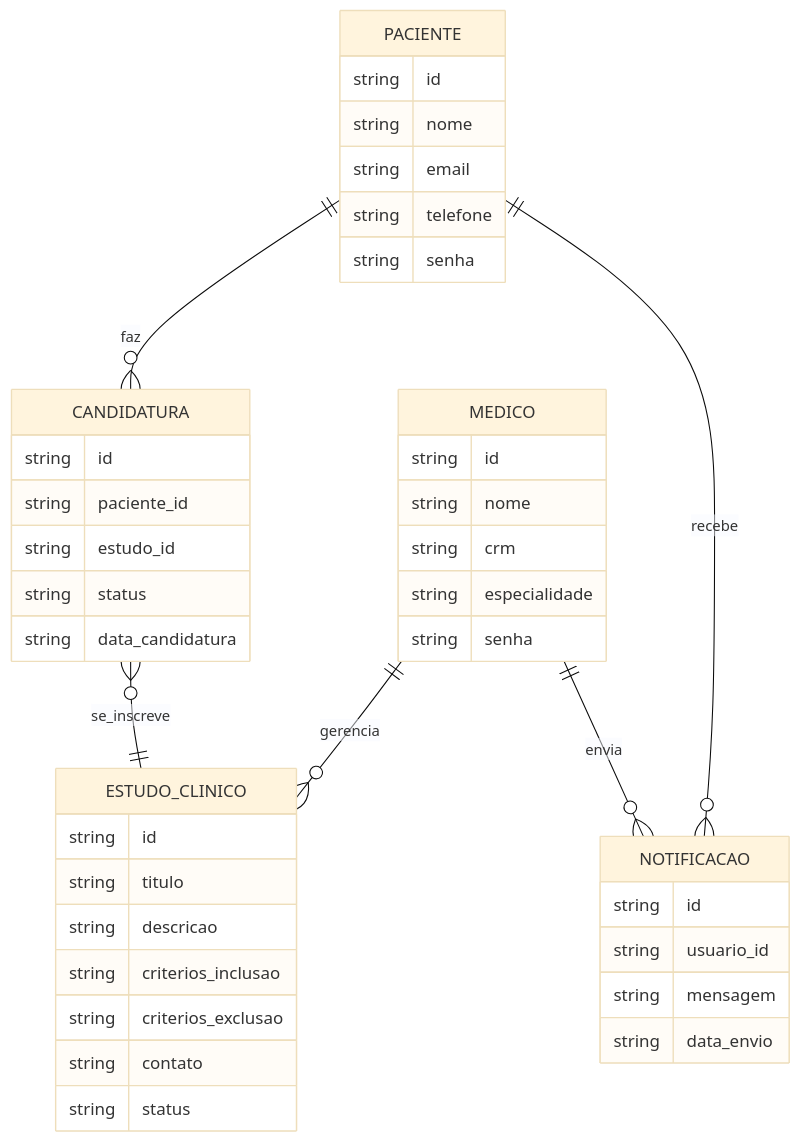
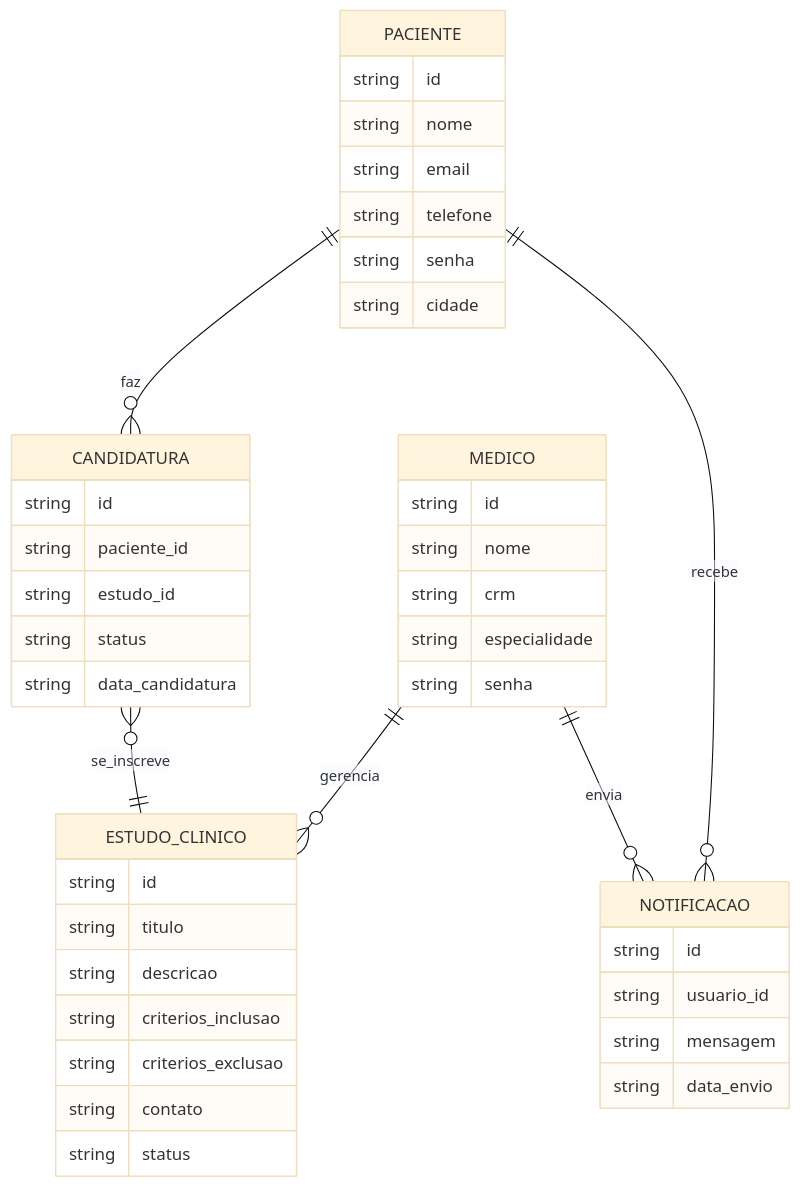
One commit to andrefilipe1310/inovamed- changed the fourth of 14 diagrams in README.md. Above: the diagram before and after it, drawn with Mermaid (base theme).

````diff
--- a/README.md
+++ b/README.md
@@ -73,49 +73,51 @@
 ```mermaid
 erDiagram
     PACIENTE {
         string id
         string nome
         string email
         string telefone
         string senha
+        string cidade
     }
 
     MEDICO {
         string id
         string nome
         string crm
         string especialidade
         string senha
     }
 
     ESTUDO_CLINICO {
         string id
         string titulo
         string descricao
         string criterios_inclusao
         string criterios_exclusao
         string contato
         string status
     }
 
     CANDIDATURA {
         string id
         string paciente_id
         string estudo_id
         string status
         string data_candidatura
     }
 
     NOTIFICACAO {
         string id
         string usuario_id
         string mensagem
         string data_envio
     }
 
-PACIENTE ||--o{ CANDIDATURA : faz
+    PACIENTE ||--o{ CANDIDATURA : faz
     CANDIDATURA }o--|| ESTUDO_CLINICO : se_inscreve
     MEDICO ||--o{ ESTUDO_CLINICO : gerencia
     MEDICO ||--o{ NOTIFICACAO : envia
     PACIENTE ||--o{ NOTIFICACAO : recebe
+
 ```
````
